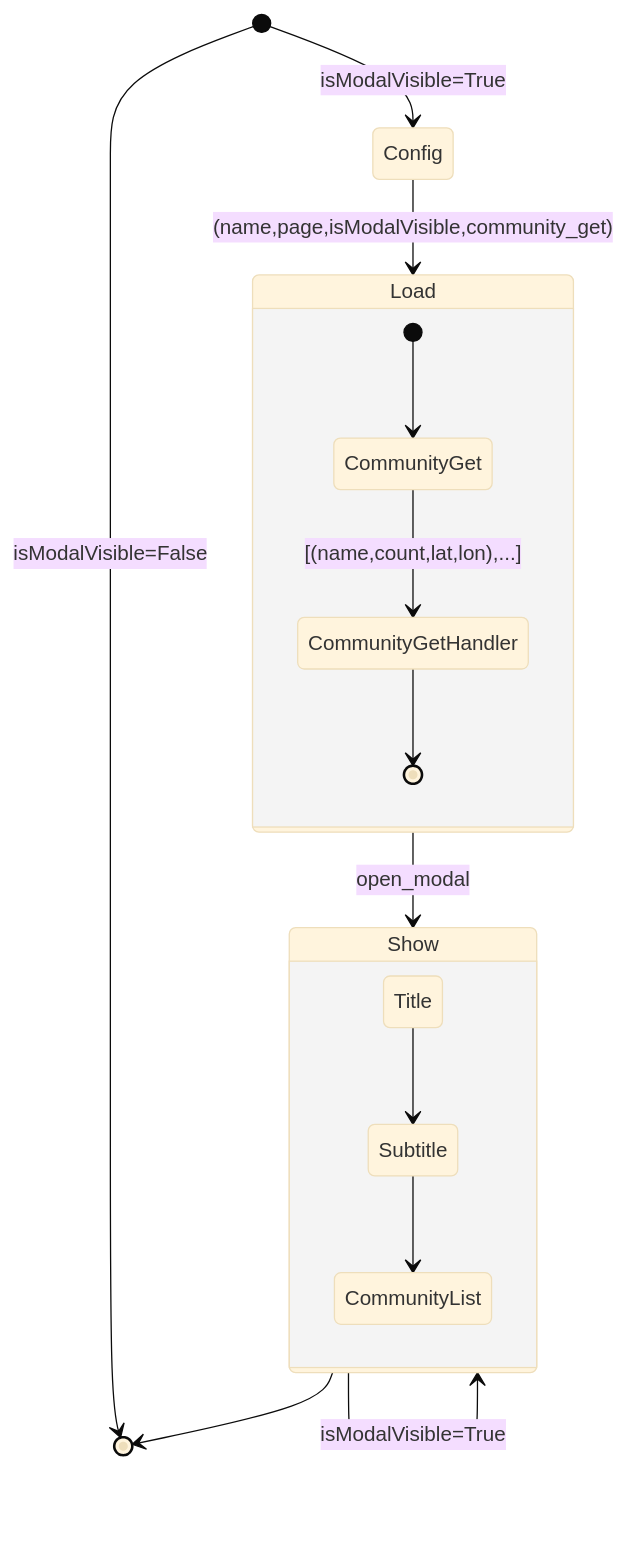
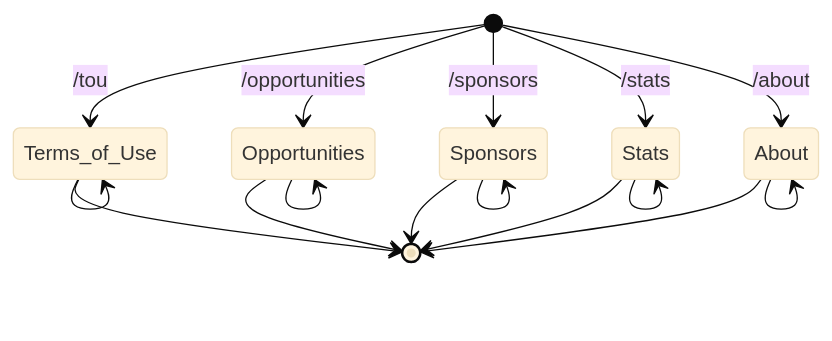
One commit to Wilfongjt/lb-A changed the first of 3 diagrams in README.md. Above: the diagram before and after it, drawn with Mermaid. The commit also changed other lines of this file, not shown here.

````diff
--- a/README.md
+++ b/README.md
@@ -2,23 +2,30 @@
 ```mermaid
 %%{init: {'securityLevel': 'loose', 'theme':'base'}}%%
 stateDiagram
  
 
-    state Load  {
-        [*] --> CommunityGet
-        CommunityGet --> CommunityGetHandler : [(name,count,lat,lon),...]
-        CommunityGetHandler --> [*]
-    }
-    state Show  {
-        Title --> Subtitle
-        Subtitle --> CommunityList
-    }
+ 
+    
+    [*] --> Terms_of_Use : /tou
+    Terms_of_Use --> [*]
+    Terms_of_Use --> Terms_of_Use
+    
+    [*] --> Opportunities : /opportunities
+    Opportunities --> [*]
+    Opportunities --> Opportunities
+    
+    [*] --> Sponsors : /sponsors
+    Sponsors --> [*]
+    Sponsors --> Sponsors
+    
+    [*] --> Stats : /stats
+    Stats --> [*]
+    Stats --> Stats
+    
+    [*] --> About : /about
+    About --> [*] 
+    About --> About
  
  
-    [*] --> [*] : isModalVisible=False
-    [*] --> Config : isModalVisible=True
-    Config --> Load : (name,page,isModalVisible,community_get)
-    Load --> Show : open_modal
-    Show --> [*]
-    Show --> Show: isModalVisible=True
+ 
 ```
````
